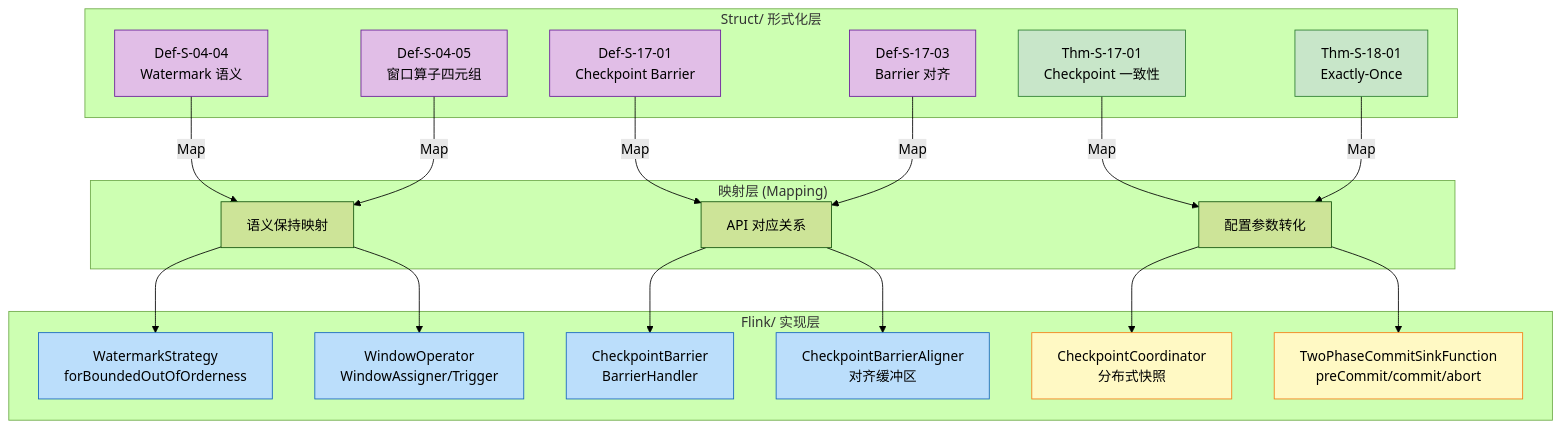
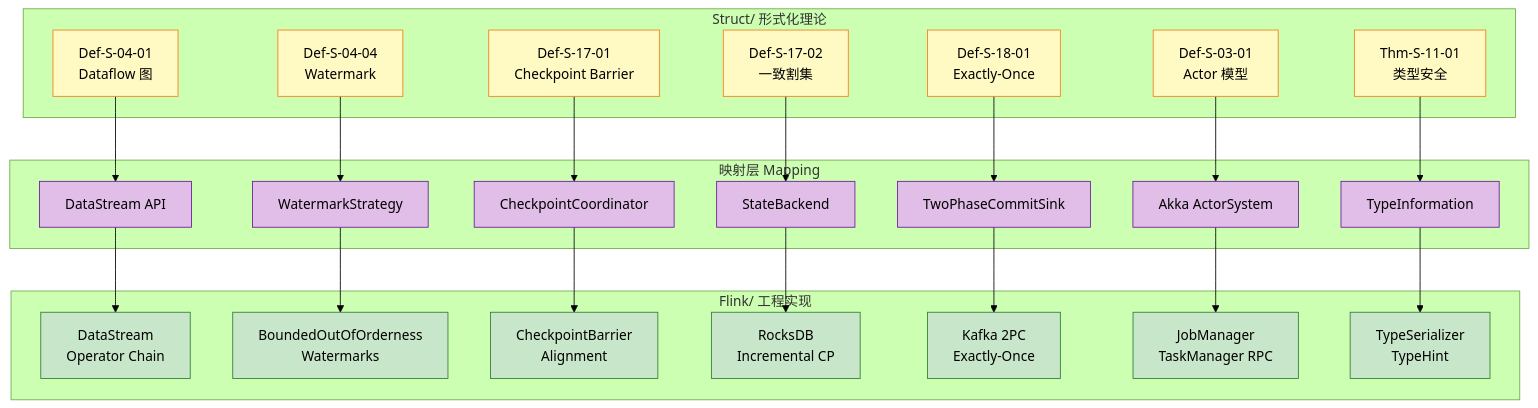
Before and after one commit to AdaMartin18010/AnalysisDataFlow: the first of 3 diagrams in Knowledge/05-mapping-guides/struct-to-flink-mapping.md, drawn with Mermaid (forest theme). The commit also changed other lines of this file and 3 other files, not shown here.

````diff
--- a/Knowledge/05-mapping-guides/struct-to-flink-mapping.md
+++ b/Knowledge/05-mapping-guides/struct-to-flink-mapping.md
@@ -391,53 +891,62 @@
 ```mermaid
 graph TB
-    subgraph "Struct/ 形式化层"
-        D1[Def-S-04-04<br/>Watermark 语义]
-        D2[Def-S-04-05<br/>窗口算子四元组]
-        D3[Def-S-17-01<br/>Checkpoint Barrier]
-        D4[Def-S-17-03<br/>Barrier 对齐]
-        D5[Thm-S-17-01<br/>Checkpoint 一致性]
-        D6[Thm-S-18-01<br/>Exactly-Once]
+    subgraph "Struct/ 形式化理论"
+        S1[Def-S-04-01<br/>Dataflow 图]
+        S2[Def-S-04-04<br/>Watermark]
+        S3[Def-S-17-01<br/>Checkpoint Barrier]
+        S4[Def-S-17-02<br/>一致割集]
+        S5[Def-S-18-01<br/>Exactly-Once]
+        S6[Def-S-03-01<br/>Actor 模型]
+        S7[Thm-S-11-01<br/>类型安全]
     end
 
-    subgraph "映射层 (Mapping)"
-        M1[语义保持映射]
-        M2[API 对应关系]
-        M3[配置参数转化]
+    subgraph "映射层 Mapping"
+        M1[DataStream API]
+        M2[WatermarkStrategy]
+        M3[CheckpointCoordinator]
+        M4[StateBackend]
+        M5[TwoPhaseCommitSink]
+        M6[Akka ActorSystem]
+        M7[TypeInformation]
     end
 
-    subgraph "Flink/ 实现层"
-        I1[WatermarkStrategy<br/>forBoundedOutOfOrderness]
-        I2[WindowOperator<br/>WindowAssigner/Trigger]
-        I3[CheckpointBarrier<br/>BarrierHandler]
-        I4[CheckpointBarrierAligner<br/>对齐缓冲区]
-        I5[CheckpointCoordinator<br/>分布式快照]
-        I6[TwoPhaseCommitSinkFunction<br/>preCommit/commit/abort]
+    subgraph "Flink/ 工程实现"
+        F1[DataStream<br/>Operator Chain]
+        F2[BoundedOutOfOrderness<br/>Watermarks]
+        F3[CheckpointBarrier<br/>Alignment]
+        F4[RocksDB<br/>Incremental CP]
+        F5[Kafka 2PC<br/>Exactly-Once]
+        F6[JobManager<br/>TaskManager RPC]
+        F7[TypeSerializer<br/>TypeHint]
     end
 
-    D1 -->|Map| M1
-    D2 -->|Map| M1
-    D3 -->|Map| M2
-    D4 -->|Map| M2
-    D5 -->|Map| M3
-    D6 -->|Map| M3
+    S1 --> M1 --> F1
+    S2 --> M2 --> F2
+    S3 --> M3 --> F3
+    S4 --> M4 --> F4
+    S5 --> M5 --> F5
+    S6 --> M6 --> F6
+    S7 --> M7 --> F7
 
-    M1 --> I1
-    M1 --> I2
-    M2 --> I3
-    M2 --> I4
-    M3 --> I5
-    M3 --> I6
-
-    style D1 fill:#e1bee7,stroke:#6a1b9a
-    style D2 fill:#e1bee7,stroke:#6a1b9a
-    style D3 fill:#e1bee7,stroke:#6a1b9a
-    style D4 fill:#e1bee7,stroke:#6a1b9a
-    style D5 fill:#c8e6c9,stroke:#2e7d32
-    style D6 fill:#c8e6c9,stroke:#2e7d32
-    style I1 fill:#bbdefb,stroke:#1565c0
-    style I2 fill:#bbdefb,stroke:#1565c0
-    style I3 fill:#bbdefb,stroke:#1565c0
-    style I4 fill:#bbdefb,stroke:#1565c0
-    style I5 fill:#fff9c4,stroke:#f57f17
-    style I6 fill:#fff9c4,stroke:#f57f17
+    style S1 fill:#fff9c4,stroke:#f57f17
+    style S2 fill:#fff9c4,stroke:#f57f17
+    style S3 fill:#fff9c4,stroke:#f57f17
+    style S4 fill:#fff9c4,stroke:#f57f17
+    style S5 fill:#fff9c4,stroke:#f57f17
+    style S6 fill:#fff9c4,stroke:#f57f17
+    style S7 fill:#fff9c4,stroke:#f57f17
+    style M1 fill:#e1bee7,stroke:#6a1b9a
+    style M2 fill:#e1bee7,stroke:#6a1b9a
+    style M3 fill:#e1bee7,stroke:#6a1b9a
+    style M4 fill:#e1bee7,stroke:#6a1b9a
+    style M5 fill:#e1bee7,stroke:#6a1b9a
+    style M6 fill:#e1bee7,stroke:#6a1b9a
+    style M7 fill:#e1bee7,stroke:#6a1b9a
+    style F1 fill:#c8e6c9,stroke:#2e7d32
+    style F2 fill:#c8e6c9,stroke:#2e7d32
+    style F3 fill:#c8e6c9,stroke:#2e7d32
+    style F4 fill:#c8e6c9,stroke:#2e7d32
+    style F5 fill:#c8e6c9,stroke:#2e7d32
+    style F6 fill:#c8e6c9,stroke:#2e7d32
+    style F7 fill:#c8e6c9,stroke:#2e7d32
 ```
````
